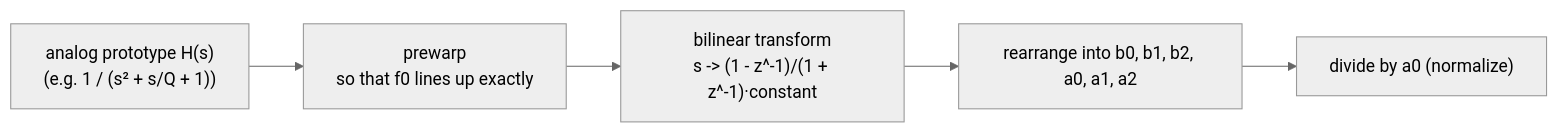
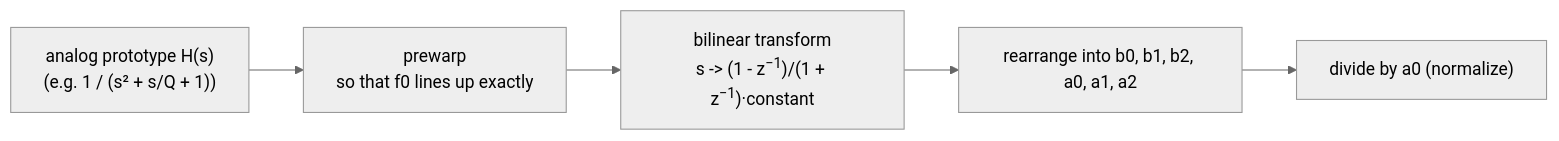
Before and after one commit to TomHsieh300/DAW-for-fun: the second of 4 diagrams in lessons/02-filter/README.md, drawn with Mermaid (neutral theme). The commit also changed other lines of this file and 19 other files, not shown here.

First line of the commit message:
lessons: typeset subscripts and superscripts in Mermaid labels

````diff
--- a/lessons/02-filter/README.md
+++ b/lessons/02-filter/README.md
@@ -337,7 +337,7 @@
 ```mermaid
 flowchart LR
     A["analog prototype H(s)<br/>(e.g. 1 / (s² + s/Q + 1))"] --> B["prewarp<br/>so that f0 lines up exactly"]
-    B --> C["bilinear transform<br/>s -> (1 - z^-1)/(1 + z^-1)·constant"]
+    B --> C["bilinear transform<br/>s -> (1 - z<sup>−1</sup>)/(1 + z<sup>−1</sup>)·constant"]
     C --> D["rearrange into b0, b1, b2, a0, a1, a2"]
     D --> E["divide by a0 (normalize)"]
 ```
````
